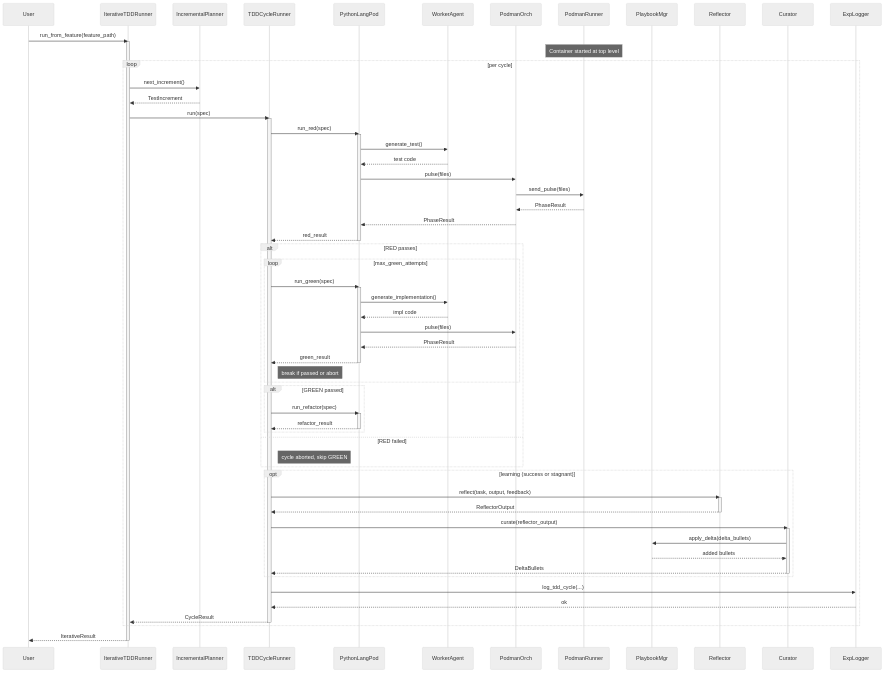
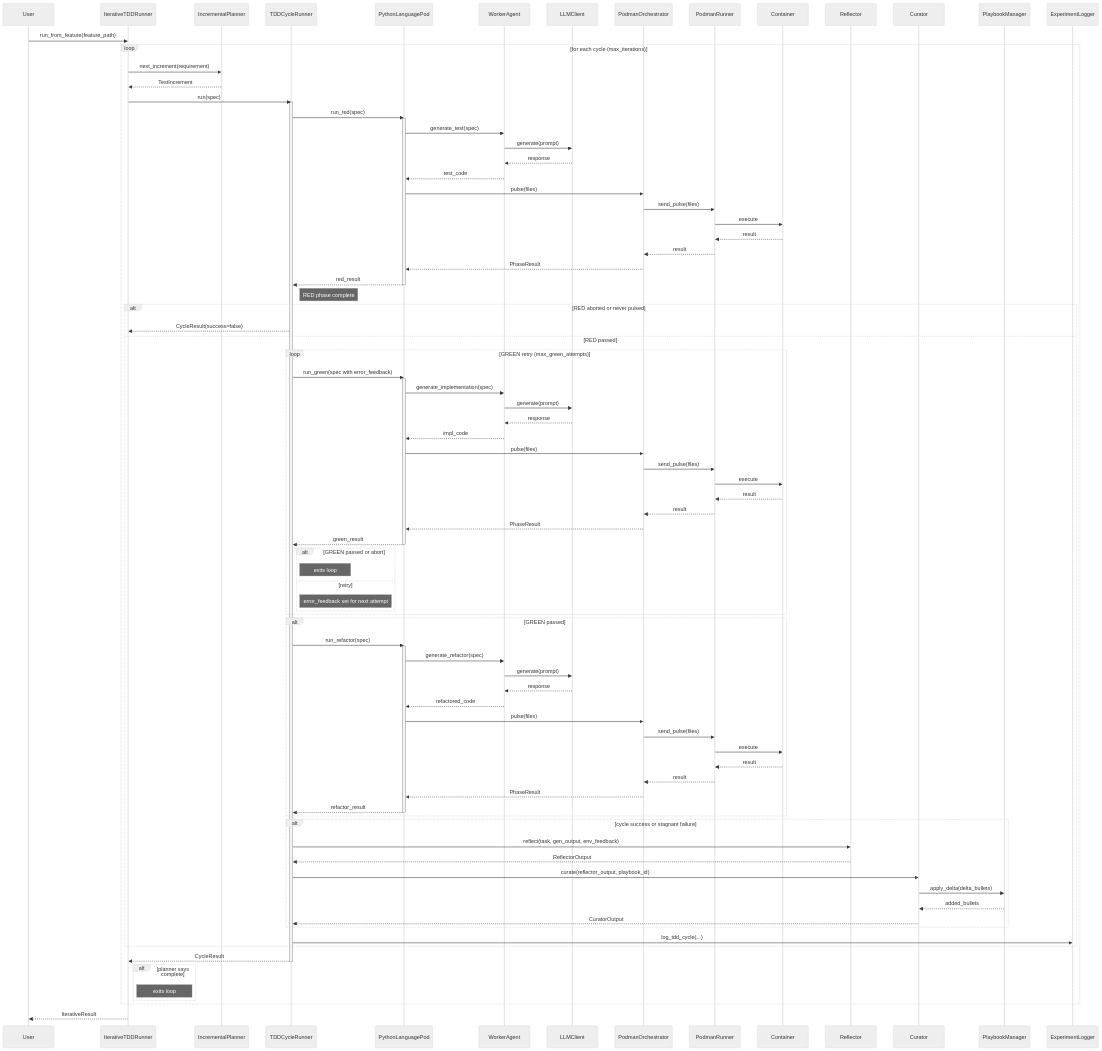
Before and after one commit to carlhuxley/ace_enterprise: the diagram in docs/SYSTEM_ARCHITECTURE.md, drawn with Mermaid (neutral theme). The commit also changed other lines of this file and 3 other files, not shown here.

````diff
--- a/docs/SYSTEM_ARCHITECTURE.md
+++ b/docs/SYSTEM_ARCHITECTURE.md
@@ -31,84 +43,96 @@
 ```mermaid
 sequenceDiagram
     participant User
-    participant IterativeTDDRunner as IterativeTDDRunner
-    participant IncrementalPlanner as IncrementalPlanner
-    participant TDDCycleRunner as TDDCycleRunner
-    participant PythonLangPod as PythonLangPod
-    participant WorkerAgent as WorkerAgent
-    participant PodmanOrch as PodmanOrch
-    participant PodmanRunner as PodmanRunner
-    participant PlaybookMgr as PlaybookMgr
-    participant Reflector as Reflector
-    participant Curator as Curator
-    participant ExpLogger as ExpLogger
+    participant IterativeTDDRunner
+    participant IncrementalPlanner
+    participant TDDCycleRunner
+    participant PythonLanguagePod
+    participant WorkerAgent
+    participant LLMClient
+    participant PodmanOrchestrator
+    participant PodmanRunner
+    participant Container
+    participant Reflector
+    participant Curator
+    participant PlaybookManager
+    participant ExperimentLogger
 
     User->>IterativeTDDRunner: run_from_feature(feature_path)
-    activate IterativeTDDRunner
-
-    Note over PodmanRunner: Container started at top level
-
-    loop per cycle
-        IterativeTDDRunner->>IncrementalPlanner: next_increment()
+    loop for each cycle (max_iterations)
+        IterativeTDDRunner->>IncrementalPlanner: next_increment(requirement)
         IncrementalPlanner-->>IterativeTDDRunner: TestIncrement
-
         IterativeTDDRunner->>TDDCycleRunner: run(spec)
         activate TDDCycleRunner
-
-        TDDCycleRunner->>PythonLangPod: run_red(spec)
-        activate PythonLangPod
-        PythonLangPod->>WorkerAgent: generate_test()
-        WorkerAgent-->>PythonLangPod: test code
-        PythonLangPod->>PodmanOrch: pulse(files)
-        PodmanOrch->>PodmanRunner: send_pulse(files)
-        PodmanRunner-->>PodmanOrch: PhaseResult
-        PodmanOrch-->>PythonLangPod: PhaseResult
-        PythonLangPod-->>TDDCycleRunner: red_result
-        deactivate PythonLangPod
-
-        alt RED passes
-            loop max_green_attempts
-                TDDCycleRunner->>PythonLangPod: run_green(spec)
-                activate PythonLangPod
-                PythonLangPod->>WorkerAgent: generate_implementation()
-                WorkerAgent-->>PythonLangPod: impl code
-                PythonLangPod->>PodmanOrch: pulse(files)
-                PodmanOrch-->>PythonLangPod: PhaseResult
-                PythonLangPod-->>TDDCycleRunner: green_result
-                deactivate PythonLangPod
-                Note right of TDDCycleRunner: break if passed or abort
+        TDDCycleRunner->>PythonLanguagePod: run_red(spec)
+        activate PythonLanguagePod
+        PythonLanguagePod->>WorkerAgent: generate_test(spec)
+        WorkerAgent->>LLMClient: generate(prompt)
+        LLMClient-->>WorkerAgent: response
+        WorkerAgent-->>PythonLanguagePod: test_code
+        PythonLanguagePod->>PodmanOrchestrator: pulse(files)
+        PodmanOrchestrator->>PodmanRunner: send_pulse(files)
+        PodmanRunner->>Container: execute
+        Container-->>PodmanRunner: result
+        PodmanRunner-->>PodmanOrchestrator: result
+        PodmanOrchestrator-->>PythonLanguagePod: PhaseResult
+        PythonLanguagePod-->>TDDCycleRunner: red_result
+        deactivate PythonLanguagePod
+        Note right of TDDCycleRunner: RED phase complete
+        alt RED aborted or never pulsed
+            TDDCycleRunner-->>IterativeTDDRunner: CycleResult(success=false)
+        else RED passed
+            loop GREEN retry (max_green_attempts)
+                TDDCycleRunner->>PythonLanguagePod: run_green(spec with error_feedback)
+                activate PythonLanguagePod
+                PythonLanguagePod->>WorkerAgent: generate_implementation(spec)
+                WorkerAgent->>LLMClient: generate(prompt)
+                LLMClient-->>WorkerAgent: response
+                WorkerAgent-->>PythonLanguagePod: impl_code
+                PythonLanguagePod->>PodmanOrchestrator: pulse(files)
+                PodmanOrchestrator->>PodmanRunner: send_pulse(files)
+                PodmanRunner->>Container: execute
+                Container-->>PodmanRunner: result
+                PodmanRunner-->>PodmanOrchestrator: result
+                PodmanOrchestrator-->>PythonLanguagePod: PhaseResult
+                PythonLanguagePod-->>TDDCycleRunner: green_result
+                deactivate PythonLanguagePod
+                alt GREEN passed or abort
+                    Note right of TDDCycleRunner: exits loop
+                else retry
+                    Note right of TDDCycleRunner: error_feedback set for next attempt
+                end
             end
             alt GREEN passed
-                TDDCycleRunner->>PythonLangPod: run_refactor(spec)
-                activate PythonLangPod
-                PythonLangPod-->>TDDCycleRunner: refactor_result
-                deactivate PythonLangPod
+                TDDCycleRunner->>PythonLanguagePod: run_refactor(spec)
+                activate PythonLanguagePod
+                PythonLanguagePod->>WorkerAgent: generate_refactor(spec)
+                WorkerAgent->>LLMClient: generate(prompt)
+                LLMClient-->>WorkerAgent: response
+                WorkerAgent-->>PythonLanguagePod: refactored_code
+                PythonLanguagePod->>PodmanOrchestrator: pulse(files)
+                PodmanOrchestrator->>PodmanRunner: send_pulse(files)
+                PodmanRunner->>Container: execute
+                Container-->>PodmanRunner: result
+                PodmanRunner-->>PodmanOrchestrator: result
+                PodmanOrchestrator-->>PythonLanguagePod: PhaseResult
+                PythonLanguagePod-->>TDDCycleRunner: refactor_result
+                deactivate PythonLanguagePod
             end
-        else RED failed
-            Note right of TDDCycleRunner: cycle aborted, skip GREEN
+            alt cycle success or stagnant failure
+                TDDCycleRunner->>Reflector: reflect(task, gen_output, env_feedback)
+                Reflector-->>TDDCycleRunner: ReflectorOutput
+                TDDCycleRunner->>Curator: curate(reflector_output, playbook_id)
+                Curator->>PlaybookManager: apply_delta(delta_bullets)
+                PlaybookManager-->>Curator: added_bullets
+                Curator-->>TDDCycleRunner: CuratorOutput
+            end
+            TDDCycleRunner->>ExperimentLogger: log_tdd_cycle(...)
         end
-
-        opt learning (success or stagnant)
-            TDDCycleRunner->>Reflector: reflect(task, output, feedback)
-            activate Reflector
-            Reflector-->>TDDCycleRunner: ReflectorOutput
-            deactivate Reflector
-
-            TDDCycleRunner->>Curator: curate(reflector_output)
-            activate Curator
-            Curator->>PlaybookMgr: apply_delta(delta_bullets)
-            PlaybookMgr-->>Curator: added bullets
-            Curator-->>TDDCycleRunner: DeltaBullets
-            deactivate Curator
-        end
-
-        TDDCycleRunner->>ExpLogger: log_tdd_cycle(...)
-        ExpLogger-->>TDDCycleRunner: ok
-
         TDDCycleRunner-->>IterativeTDDRunner: CycleResult
         deactivate TDDCycleRunner
+        alt planner says complete
+            Note right of IterativeTDDRunner: exits loop
+        end
     end
-
     IterativeTDDRunner-->>User: IterativeResult
-    deactivate IterativeTDDRunner
 ```
````
